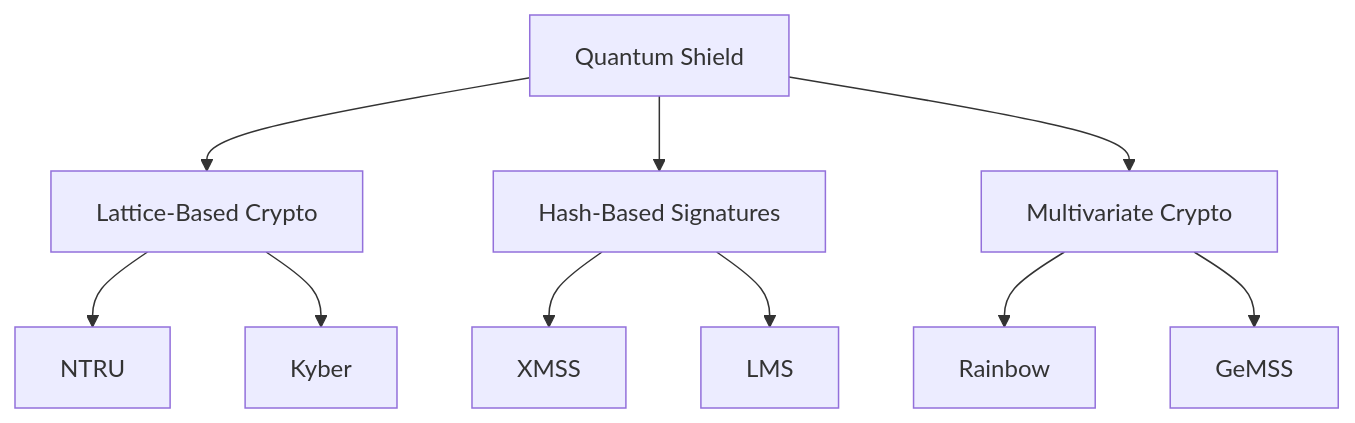
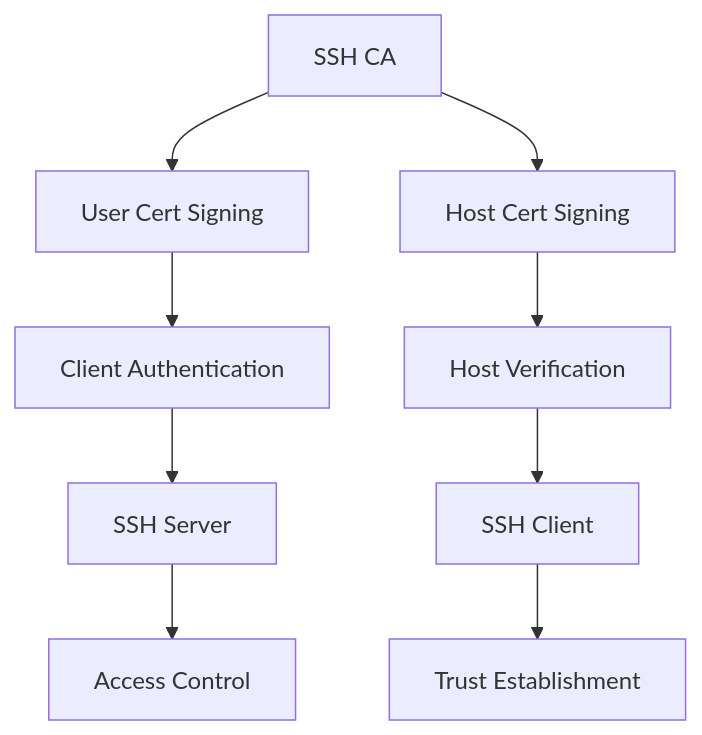
The first of 6 diagrams in mastering-ssh-part-one/6 - Advance SSH Usage.md (cipherbite/mastering-linux), drawn with Mermaid before and after one commit. The commit also changed other lines of this file, not shown here.

Commit message:
Update 6 - Advance SSH Usage.md

````diff
--- a/mastering-ssh-part-one/6 - Advance SSH Usage.md
+++ b/mastering-ssh-part-one/6 - Advance SSH Usage.md
@@ -52,12 +63,11 @@
 ```mermaid
 graph TD
-    A[Quantum Shield] --> B[Lattice-Based Crypto]
-    A --> C[Hash-Based Signatures]
-    A --> D[Multivariate Crypto]
-    B --> E[NTRU]
-    B --> F[Kyber]
-    C --> G[XMSS]
-    C --> H[LMS]
-    D --> I[Rainbow]
-    D --> J[GeMSS]
+    A[SSH CA] --> B[User Cert Signing]
+    A --> C[Host Cert Signing]
+    B --> D[Client Authentication]
+    C --> E[Host Verification]
+    D --> F[SSH Server]
+    E --> G[SSH Client]
+    F --> H[Access Control]
+    G --> I[Trust Establishment]
 ```
````
